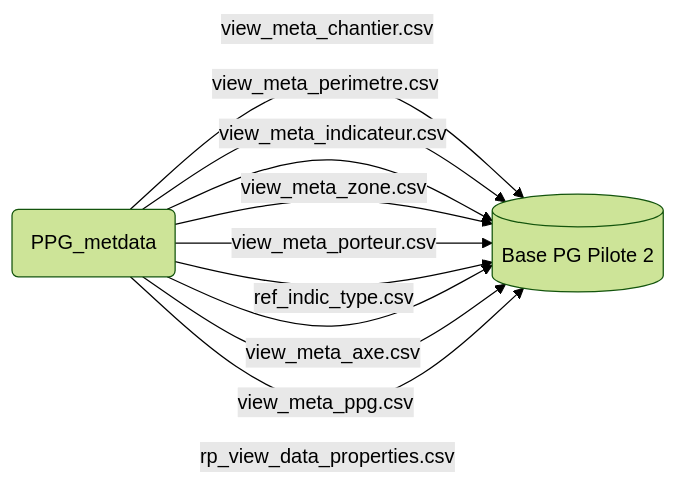
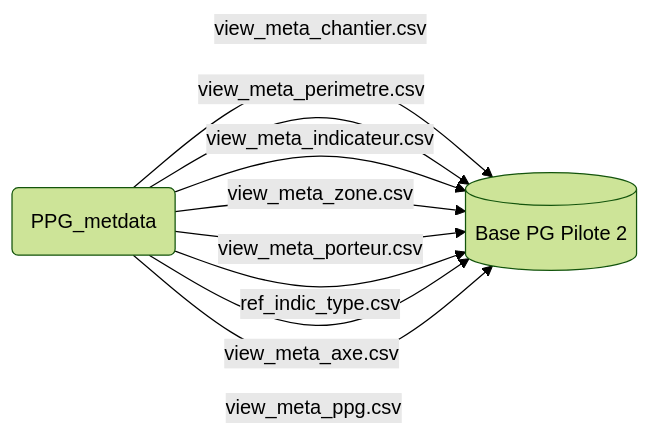
The second of 4 diagrams in data/README.md (DITP-pilotage/pilote-2), drawn with Mermaid (forest theme) before and after one commit. The commit also changed other lines of this file, not shown here.

Commit message:
chore: mise à jour du readme data (197)

````diff
--- a/data/README.md
+++ b/data/README.md
@@ -197,12 +197,11 @@
 ``` mermaid
 graph LR
 PPG(PPG_metdata) --> |view_meta_chantier.csv| PG[(Base PG Pilote 2)]
 PPG --> |view_meta_perimetre.csv| PG
 PPG --> |view_meta_indicateur.csv| PG
 PPG --> |view_meta_zone.csv| PG
 PPG --> |view_meta_porteur.csv| PG
 PPG --> |ref_indic_type.csv| PG
 PPG --> |view_meta_axe.csv| PG
 PPG --> |view_meta_ppg.csv| PG
-PPG --> |rp_view_data_properties.csv| PG
 ```
````
